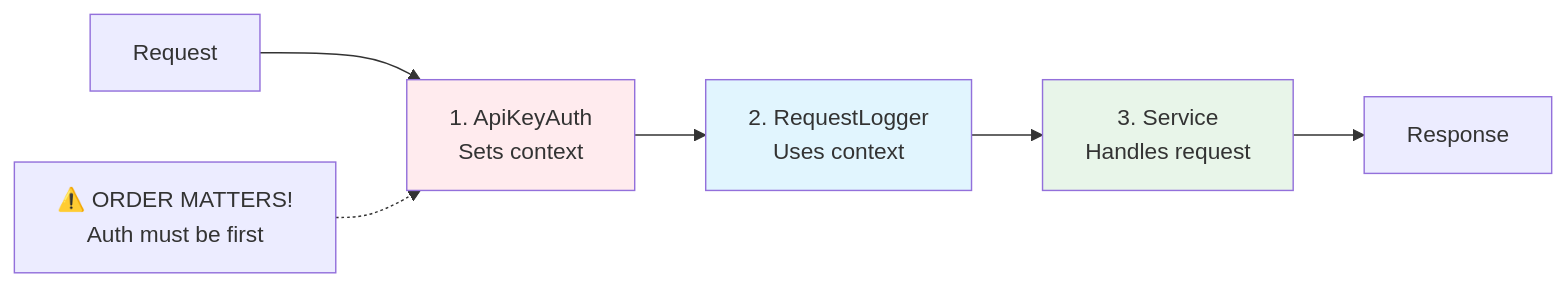
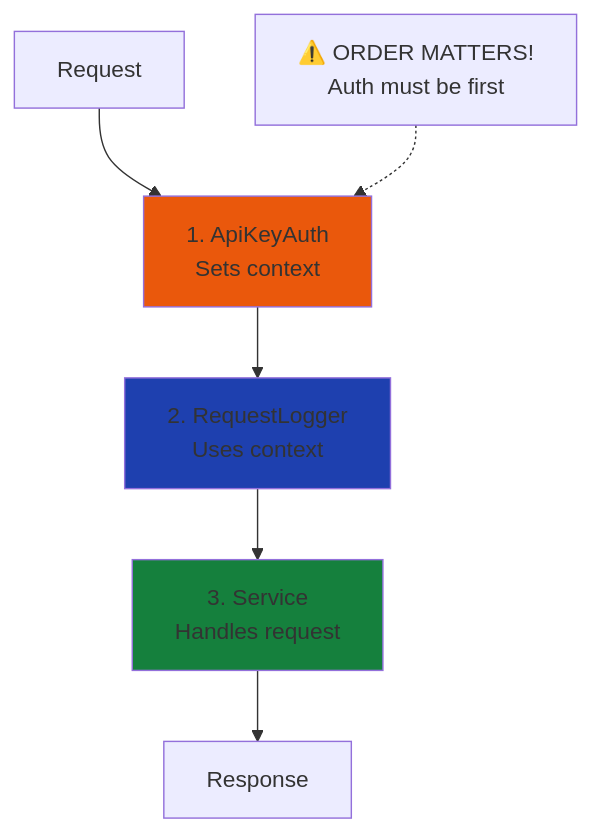
One commit to markolofsen/django-cfg changed the fourth of 7 diagrams in docs/features/integrations/grpc/index.md. Above: the diagram before and after it, drawn with Mermaid. The commit also changed other lines of this file and 10 other files, not shown here.

````diff
--- a/docs/features/integrations/grpc/index.md
+++ b/docs/features/integrations/grpc/index.md
@@ -365,14 +365,14 @@
 ```mermaid
-graph LR
+graph TB
     A[Request] --> B[1. ApiKeyAuth<br/>Sets context]
     B --> C[2. RequestLogger<br/>Uses context]
     C --> D[3. Service<br/>Handles request]
     D --> E[Response]
 
-    style B fill:#ffebee
-    style C fill:#e1f5fe
-    style D fill:#e8f5e9
+    style B fill:#ea580c
+    style C fill:#1e40af
+    style D fill:#15803d
 
     note1[⚠️ ORDER MATTERS!<br/>Auth must be first]
     note1 -.-> B
 ```
````
